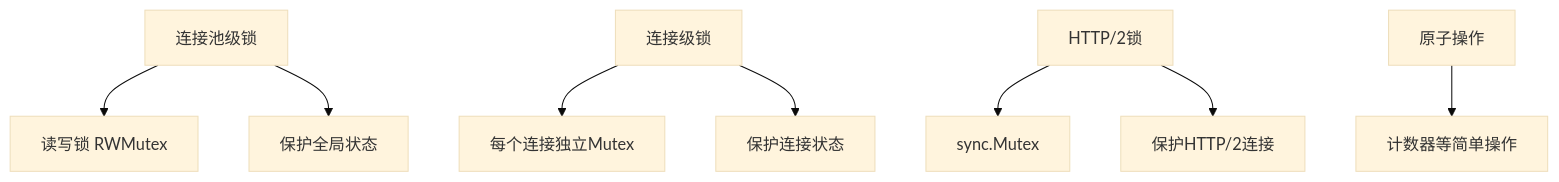
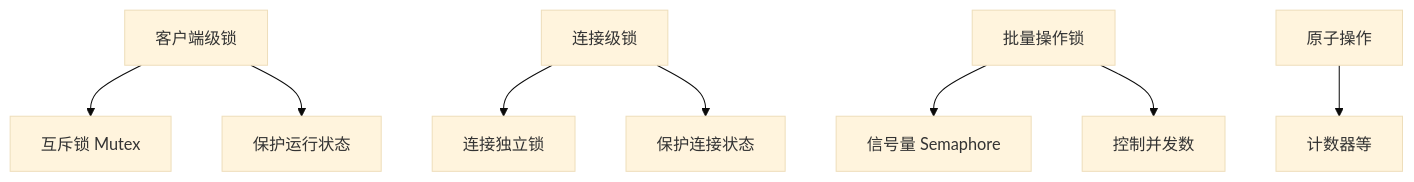
The fifth of 6 diagrams in .qoder/repowiki/zh/content/API参考/UTLSHotConnPool API/UTLSHotConnPool API.md (vistone/crawler-platform), drawn with Mermaid (base theme) before and after one commit. The commit also changed other lines of this file and 40 other files, not shown here.

````diff
--- a/.qoder/repowiki/zh/content/API参考/UTLSHotConnPool API/UTLSHotConnPool API.md
+++ b/.qoder/repowiki/zh/content/API参考/UTLSHotConnPool API/UTLSHotConnPool API.md
@@ -638,10 +460,10 @@
 ```mermaid
 graph TD
-A[连接池级锁] --> B[读写锁 RWMutex]
-A --> C[保护全局状态]
-D[连接级锁] --> E[每个连接独立Mutex]
+A[客户端级锁] --> B[互斥锁 Mutex]
+A --> C[保护运行状态]
+D[连接级锁] --> E[连接独立锁]
 D --> F[保护连接状态]
-G[HTTP/2锁] --> H[sync.Mutex]
-G --> I[保护HTTP/2连接]
-J[原子操作] --> K[计数器等简单操作]
+G[批量操作锁] --> H[信号量 Semaphore]
+G --> I[控制并发数]
+J[原子操作] --> K[计数器等]
 ```
````
